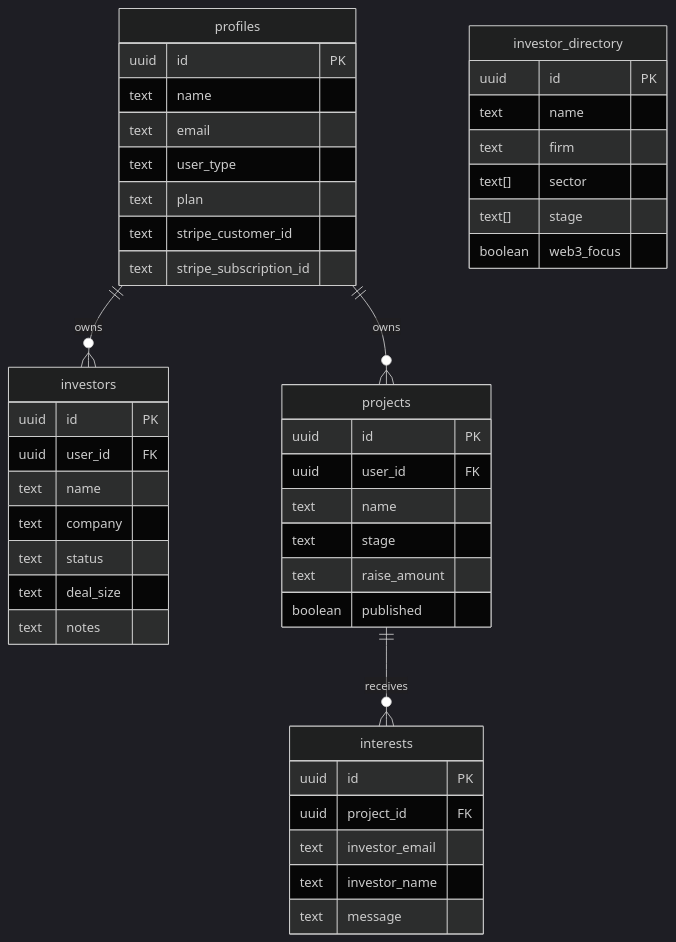
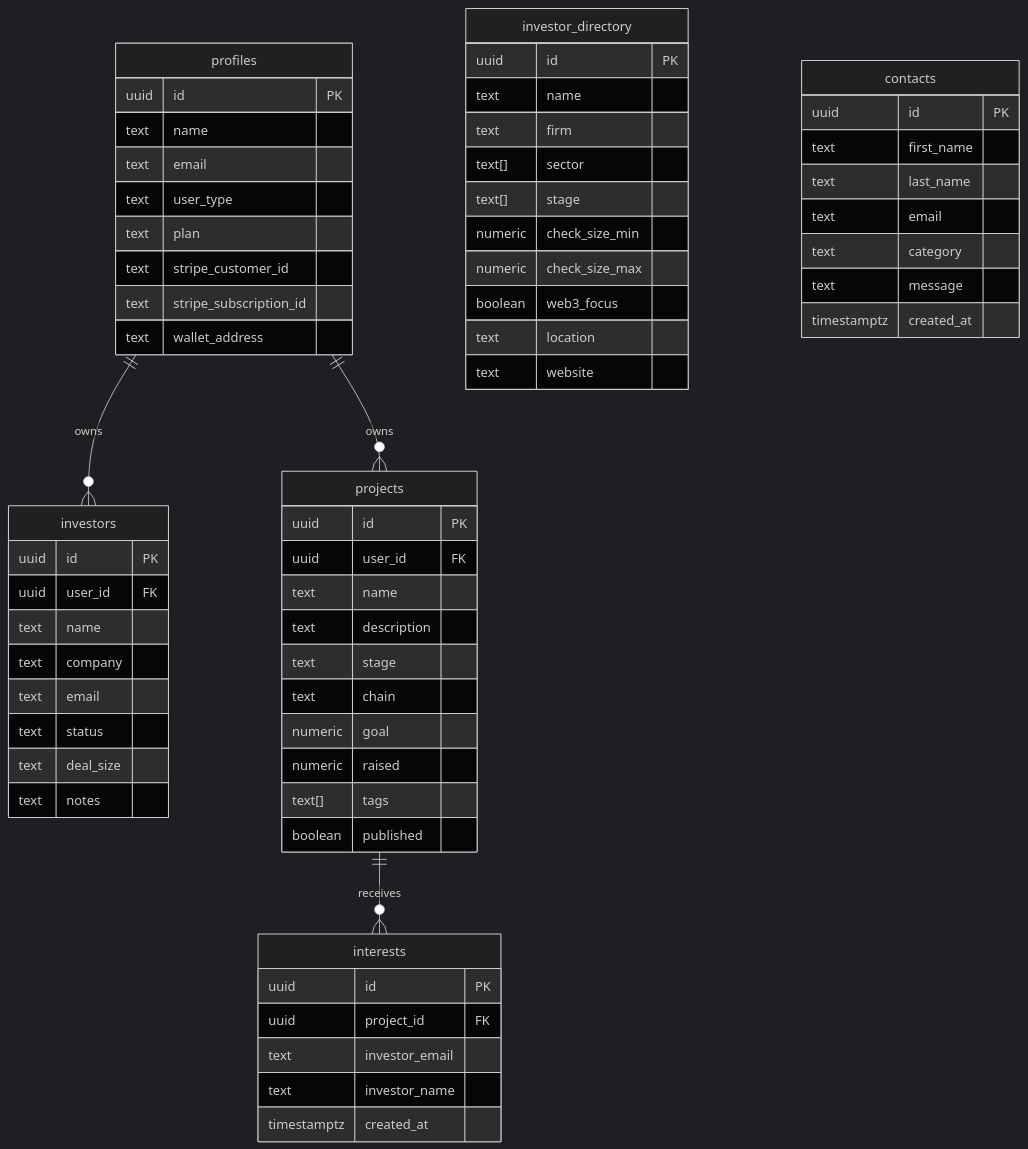
The second of 4 diagrams in README.md (kurzmichael02-hue/fundflow), drawn with Mermaid (dark theme) before and after one commit. The commit also changed other lines of this file and 19 other files, not shown here.

````diff
--- a/README.md
+++ b/README.md
@@ -73,52 +73,72 @@
 ```mermaid
 erDiagram
     profiles {
         uuid id PK
         text name
         text email
         text user_type
         text plan
         text stripe_customer_id
         text stripe_subscription_id
+        text wallet_address
     }
 
     investors {
         uuid id PK
         uuid user_id FK
         text name
         text company
+        text email
         text status
         text deal_size
         text notes
     }
 
     projects {
         uuid id PK
         uuid user_id FK
         text name
+        text description
         text stage
-        text raise_amount
+        text chain
+        numeric goal
+        numeric raised
+        text[] tags
         boolean published
     }
 
     interests {
         uuid id PK
         uuid project_id FK
         text investor_email
         text investor_name
-        text message
+        timestamptz created_at
     }
 
     investor_directory {
         uuid id PK
         text name
         text firm
         text[] sector
         text[] stage
+        numeric check_size_min
+        numeric check_size_max
         boolean web3_focus
+        text location
+        text website
+    }
+
+    contacts {
+        uuid id PK
+        text first_name
+        text last_name
+        text email
+        text category
+        text message
+        timestamptz created_at
     }
 
     profiles ||--o{ investors : "owns"
     profiles ||--o{ projects : "owns"
     projects ||--o{ interests : "receives"
 ```
````
